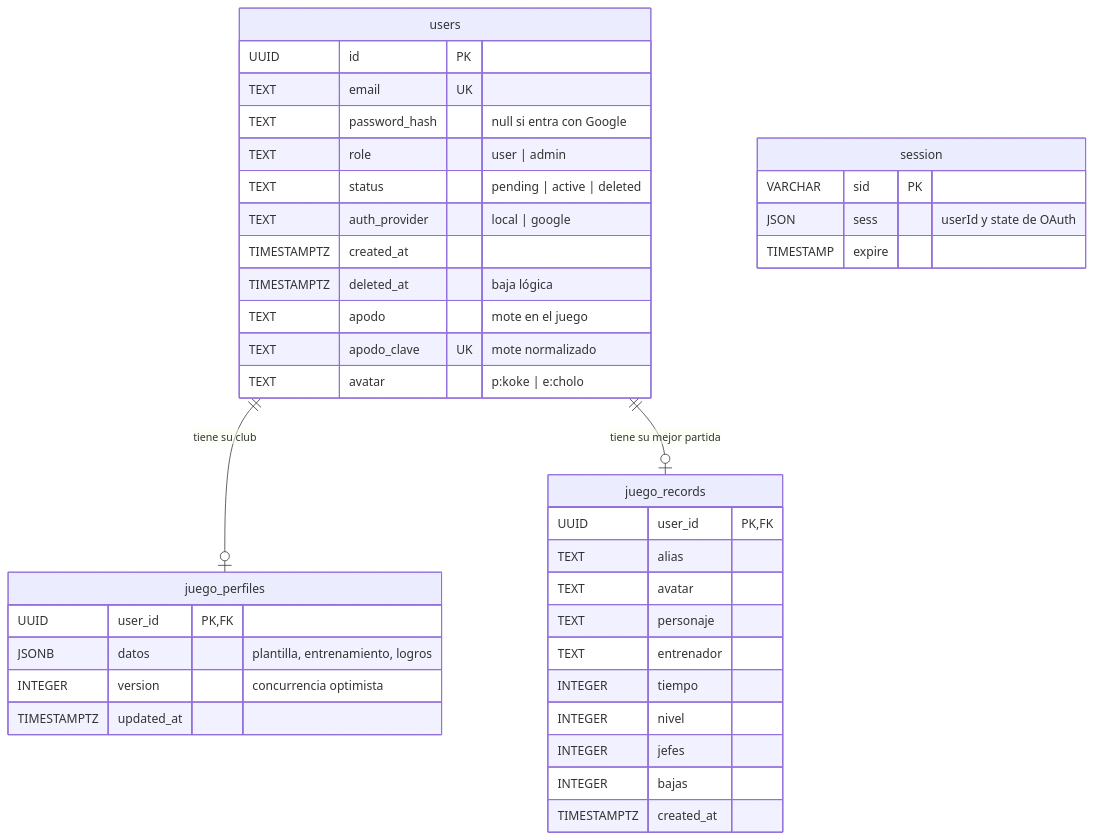
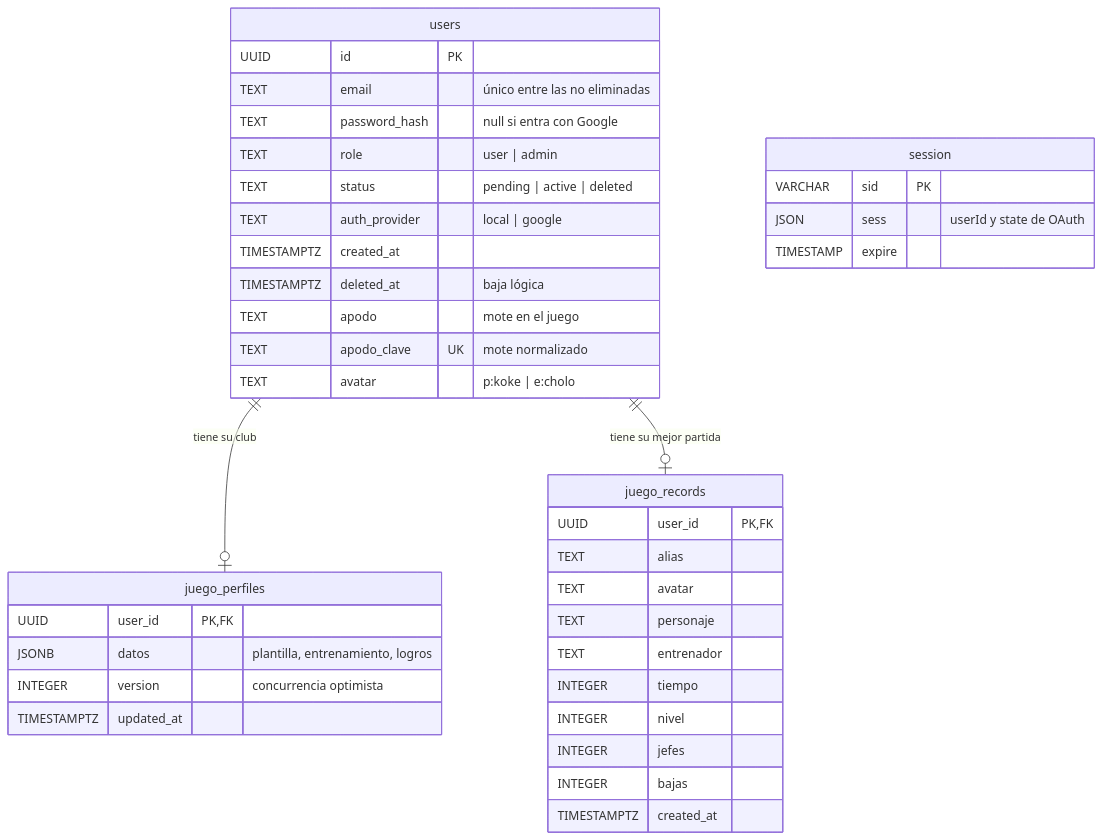
One commit to VelaElDios/la-grada-colchonera-saas changed the second of 7 diagrams in README.md. Above: the diagram before and after it, drawn with Mermaid. The commit also changed other lines of this file and 18 other files, not shown here.

````diff
--- a/README.md
+++ b/README.md
@@ -167,41 +167,41 @@
 ```mermaid
 erDiagram
     users ||--o| juego_perfiles : "tiene su club"
     users ||--o| juego_records : "tiene su mejor partida"
     users {
         UUID id PK
-        TEXT email UK
+        TEXT email "único entre las no eliminadas"
         TEXT password_hash "null si entra con Google"
         TEXT role "user | admin"
         TEXT status "pending | active | deleted"
         TEXT auth_provider "local | google"
         TIMESTAMPTZ created_at
         TIMESTAMPTZ deleted_at "baja lógica"
         TEXT apodo "mote en el juego"
         TEXT apodo_clave UK "mote normalizado"
         TEXT avatar "p:koke | e:cholo"
     }
     session {
         VARCHAR sid PK
         JSON sess "userId y state de OAuth"
         TIMESTAMP expire
     }
     juego_perfiles {
         UUID user_id PK,FK
         JSONB datos "plantilla, entrenamiento, logros"
         INTEGER version "concurrencia optimista"
         TIMESTAMPTZ updated_at
     }
     juego_records {
         UUID user_id PK,FK
         TEXT alias
         TEXT avatar
         TEXT personaje
         TEXT entrenador
         INTEGER tiempo
         INTEGER nivel
         INTEGER jefes
         INTEGER bajas
         TIMESTAMPTZ created_at
     }
 ```
````
